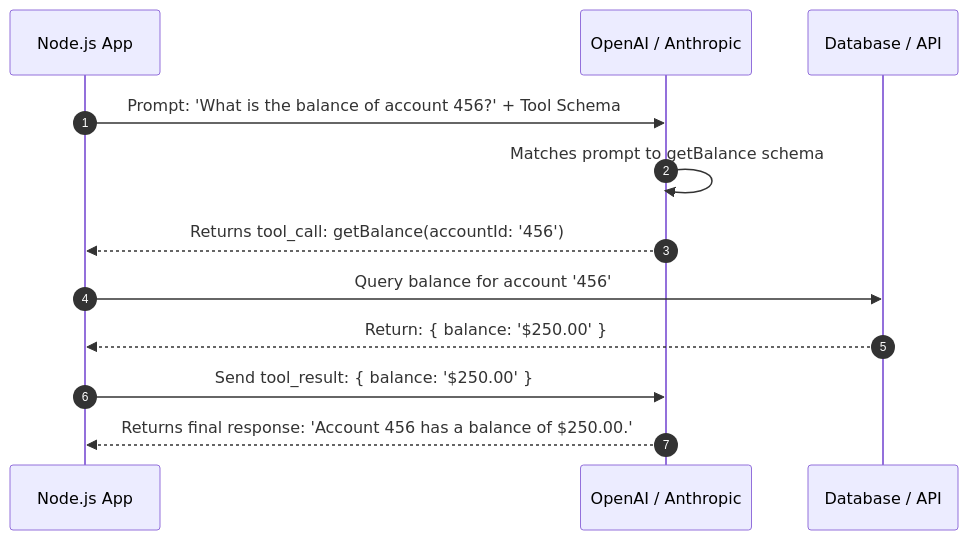
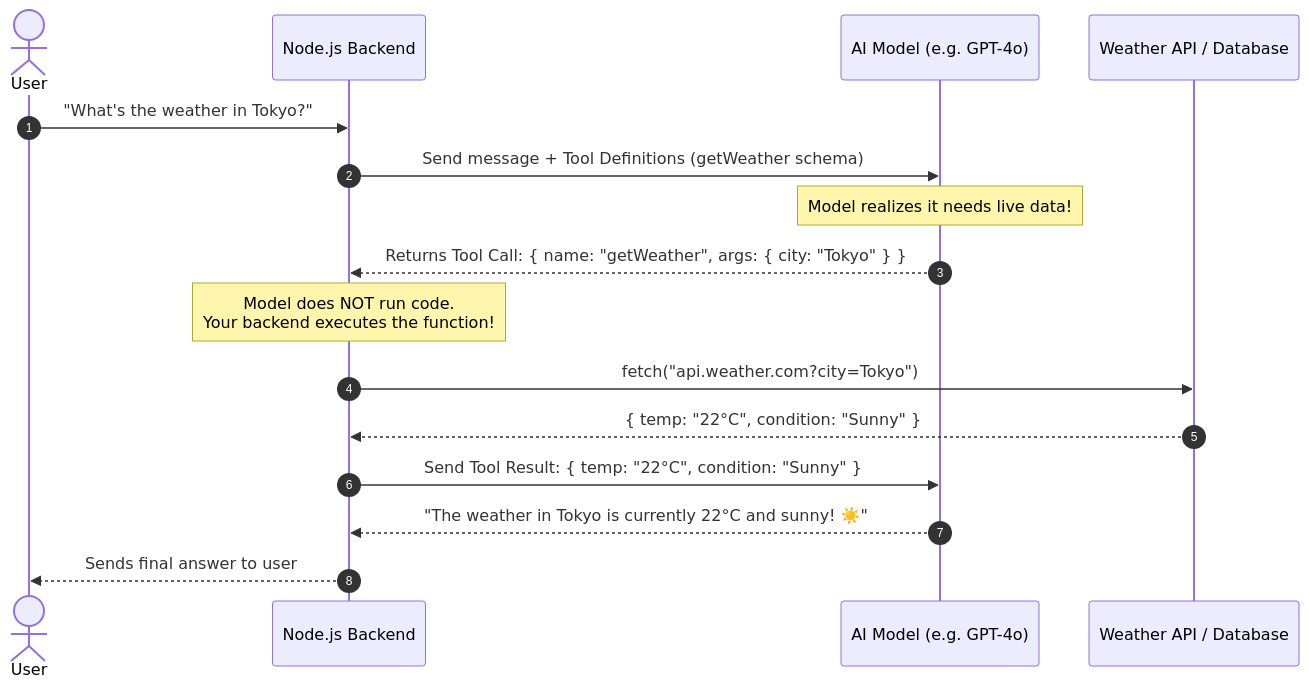
Before and after one commit to Nishant8826/theory-leaning: the first of 3 diagrams in AI-tut/07_Function_Calling_and_Structured_Outputs.md, drawn with Mermaid. The commit also changed other lines of this file and 34 other files, not shown here.

````diff
--- a/AI-tut/07_Function_Calling_and_Structured_Outputs.md
+++ b/AI-tut/07_Function_Calling_and_Structured_Outputs.md
@@ -62,15 +13,19 @@
 ```mermaid
 sequenceDiagram
     autonumber
-    participant Client as Node.js App
-    participant LLM as OpenAI / Anthropic
-    participant Database as Database / API
-
-    Client->>LLM: Prompt: 'What is the balance of account 456?' + Tool Schema
-    LLM->>LLM: Matches prompt to getBalance schema
-    LLM-->>Client: Returns tool_call: getBalance(accountId: '456')
-    Client->>Database: Query balance for account '456'
-    Database-->>Client: Return: { balance: '$250.00' }
-    Client->>LLM: Send tool_result: { balance: '$250.00' }
-    LLM-->>Client: Returns final response: 'Account 456 has a balance of $250.00.'
+    actor User
+    participant Backend as Node.js Backend
+    participant LLM as AI Model (e.g. GPT-4o)
+    participant Tool as Weather API / Database
+    
+    User->>Backend: "What's the weather in Tokyo?"
+    Backend->>LLM: Send message + Tool Definitions (getWeather schema)
+    Note over LLM: Model realizes it needs live data!
+    LLM-->>Backend: Returns Tool Call: { name: "getWeather", args: { city: "Tokyo" } }
+    Note over Backend: Model does NOT run code.<br>Your backend executes the function!
+    Backend->>Tool: fetch("api.weather.com?city=Tokyo")
+    Tool-->>Backend: { temp: "22°C", condition: "Sunny" }
+    Backend->>LLM: Send Tool Result: { temp: "22°C", condition: "Sunny" }
+    LLM-->>Backend: "The weather in Tokyo is currently 22°C and sunny! ☀️"
+    Backend-->>User: Sends final answer to user
 ```
````
